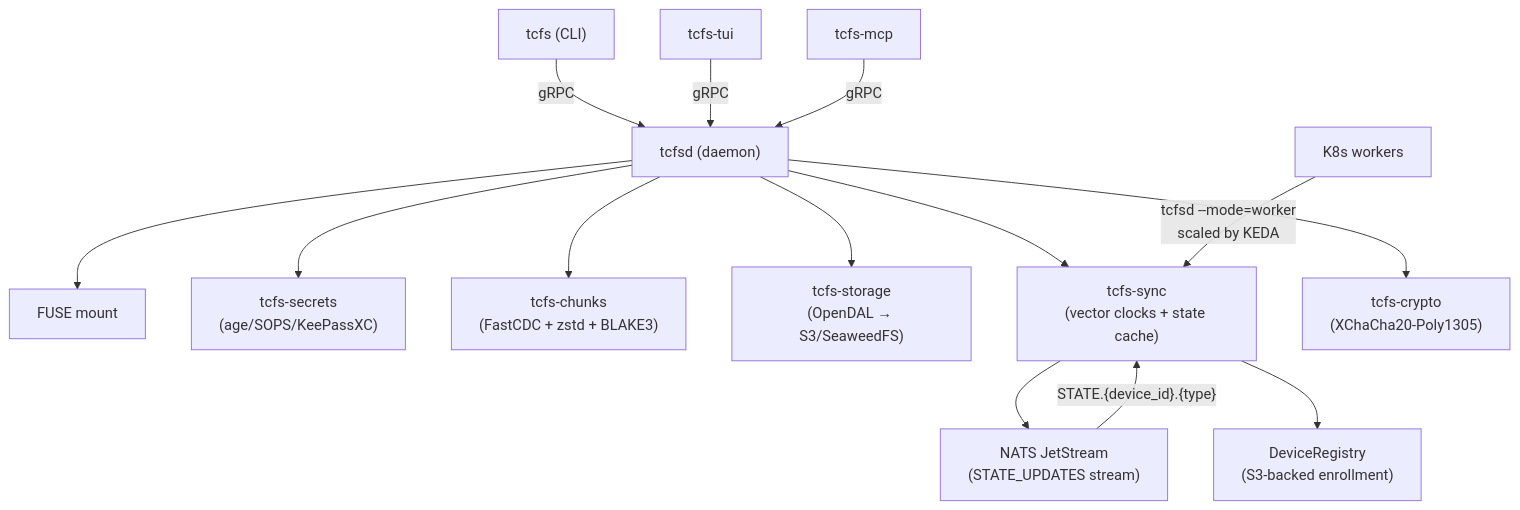
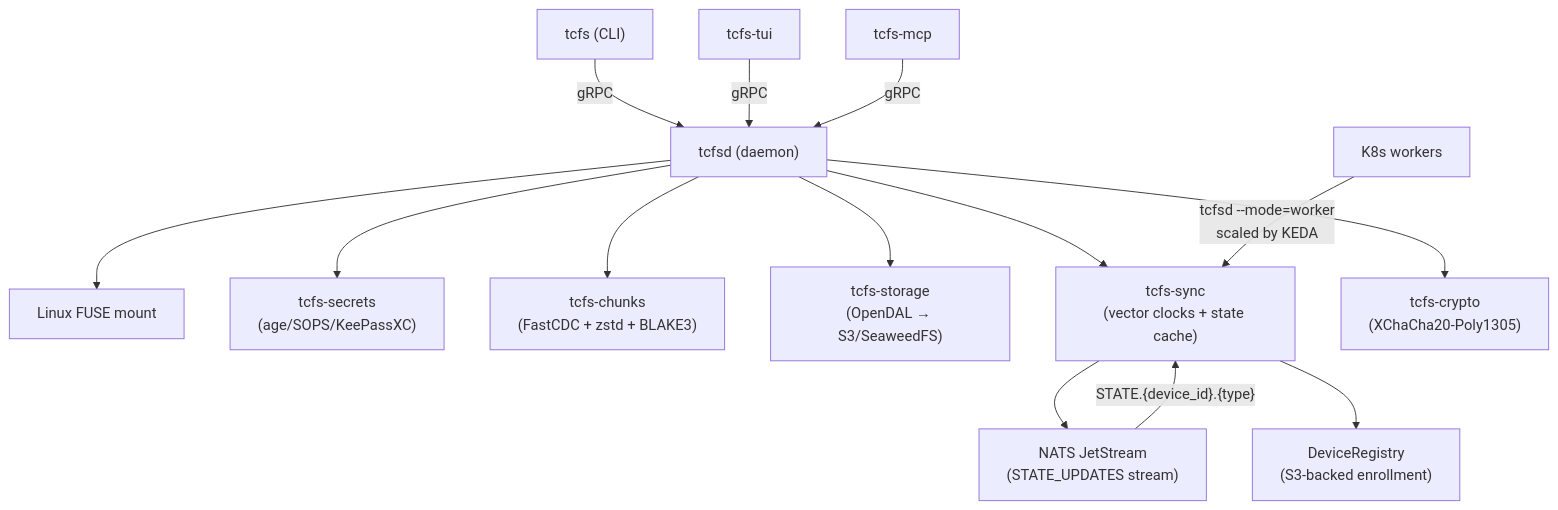
Before and after one commit to Jesssullivan/tummycrypt: the diagram in docs/index.md, drawn with Mermaid. The commit also changed other lines of this file and 14 other files, not shown here.

````diff
--- a/docs/index.md
+++ b/docs/index.md
@@ -69,16 +75,16 @@
 ```mermaid
 flowchart TD
     cli["tcfs (CLI)"] -->|gRPC| daemon["tcfsd (daemon)"]
     tui["tcfs-tui"] -->|gRPC| daemon
     mcp["tcfs-mcp"] -->|gRPC| daemon
-    daemon --> fuse["FUSE mount"]
+    daemon --> fuse["Linux FUSE mount"]
     daemon --> secrets["tcfs-secrets\n(age/SOPS/KeePassXC)"]
     daemon --> chunks["tcfs-chunks\n(FastCDC + zstd + BLAKE3)"]
     daemon --> storage["tcfs-storage\n(OpenDAL → S3/SeaweedFS)"]
     daemon --> sync["tcfs-sync\n(vector clocks + state cache)"]
     daemon --> crypto["tcfs-crypto\n(XChaCha20-Poly1305)"]
     sync --> nats["NATS JetStream\n(STATE_UPDATES stream)"]
     sync --> registry["DeviceRegistry\n(S3-backed enrollment)"]
     workers["K8s workers"] -->|"tcfsd --mode=worker\nscaled by KEDA"| sync
     nats -->|"STATE.{device_id}.{type}"| sync
 ```
````
